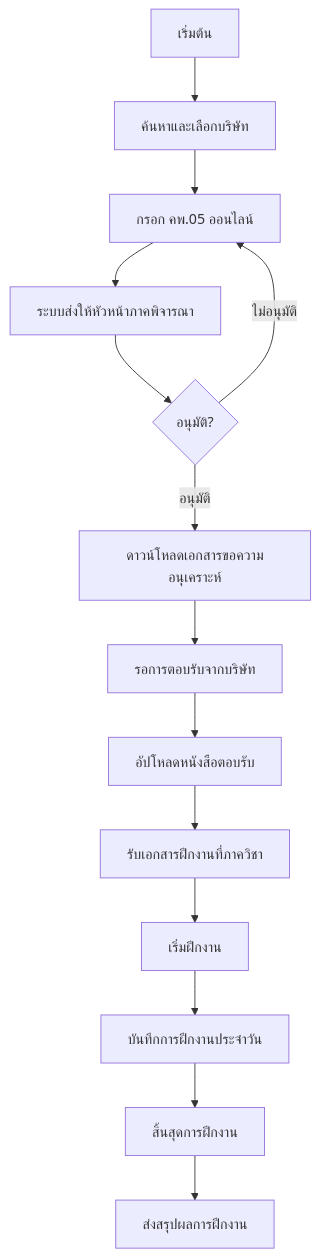
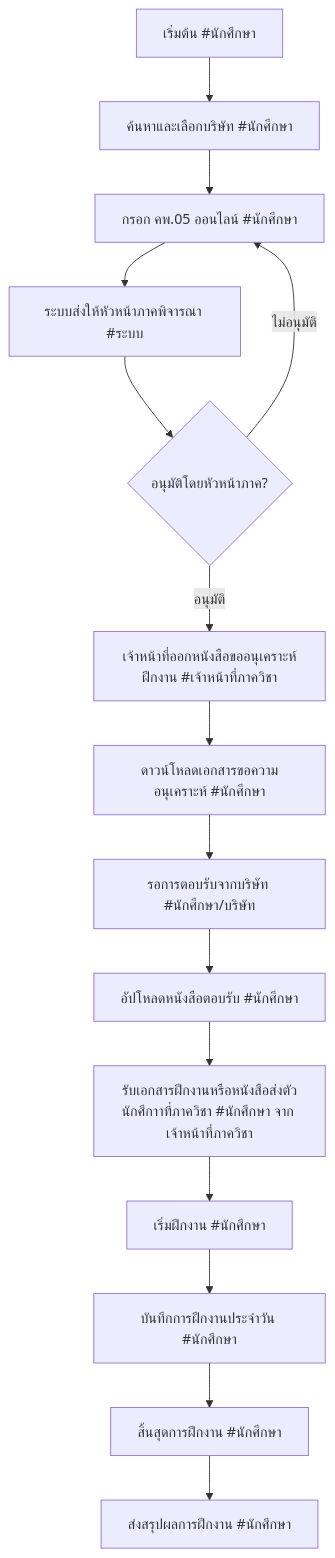
The diagram in cslogbook/knowledge/internshipFlow_frontend.md (Manchinn/CSLogbook), drawn with Mermaid before and after one commit. The commit also changed other lines of this file and 15 other files, not shown here.

````diff
--- a/cslogbook/knowledge/internshipFlow_frontend.md
+++ b/cslogbook/knowledge/internshipFlow_frontend.md
@@ -43,16 +5,17 @@
 ```mermaid
 flowchart TD
-    A[เริ่มต้น] --> B[ค้นหาและเลือกบริษัท]
-    B --> C[กรอก คพ.05 ออนไลน์]
-    C --> D[ระบบส่งให้หัวหน้าภาคพิจารณา]
-    D --> E{อนุมัติ?}
+    A[เริ่มต้น #นักศึกษา] --> B[ค้นหาและเลือกบริษัท #นักศึกษา]
+    B --> C[กรอก คพ.05 ออนไลน์ #นักศึกษา]
+    C --> D[ระบบส่งให้หัวหน้าภาคพิจารณา #ระบบ]
+    D --> E{อนุมัติโดยหัวหน้าภาค?}
     E -->|ไม่อนุมัติ| C
-    E -->|อนุมัติ| F[ดาวน์โหลดเอกสารขอความอนุเคราะห์]
-    F --> G[รอการตอบรับจากบริษัท]
-    G --> H[อัปโหลดหนังสือตอบรับ]
-    H --> I[รับเอกสารฝึกงานที่ภาควิชา]
-    I --> J[เริ่มฝึกงาน]
-    J --> K[บันทึกการฝึกงานประจำวัน]
-    K --> L[สิ้นสุดการฝึกงาน]
-    L --> M[ส่งสรุปผลการฝึกงาน]
+    E -->|อนุมัติ| F_StaffAction[เจ้าหน้าที่ออกหนังสือขออนุเคราะห์ฝึกงาน #เจ้าหน้าที่ภาควิชา]
+    F_StaffAction --> F[ดาวน์โหลดเอกสารขอความอนุเคราะห์ #นักศึกษา]
+    F --> G[รอการตอบรับจากบริษัท #นักศึกษา/บริษัท]
+    G --> H[อัปโหลดหนังสือตอบรับ #นักศึกษา]
+    H --> I[รับเอกสารฝึกงานหรือหนังสือส่งตัวนักศึกาาที่ภาควิชา #นักศึกษา จาก เจ้าหน้าที่ภาควิชา]
+    I --> J[เริ่มฝึกงาน #นักศึกษา]
+    J --> K[บันทึกการฝึกงานประจำวัน #นักศึกษา]
+    K --> L[สิ้นสุดการฝึกงาน #นักศึกษา]
+    L --> M[ส่งสรุปผลการฝึกงาน #นักศึกษา]
 ```
````
